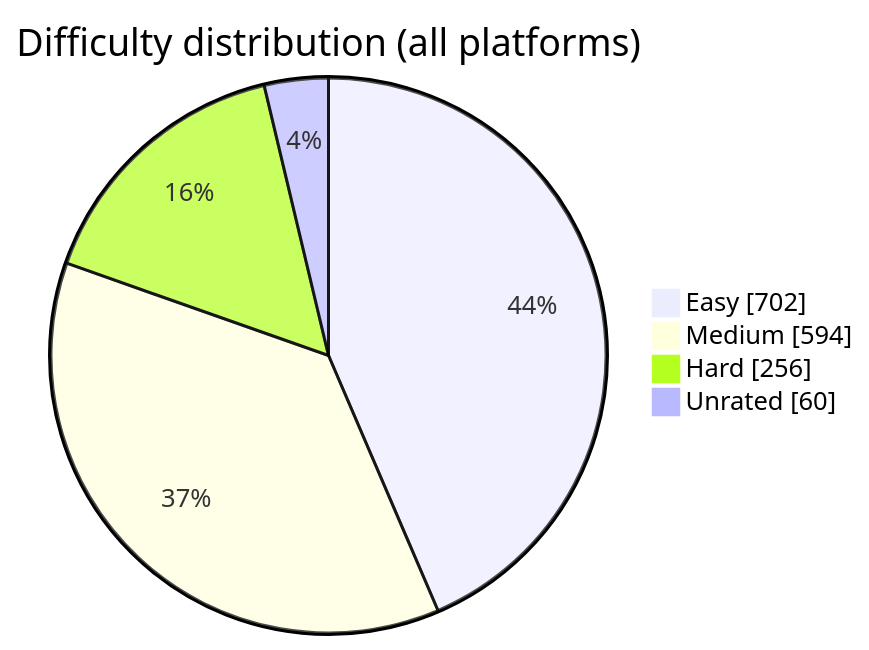
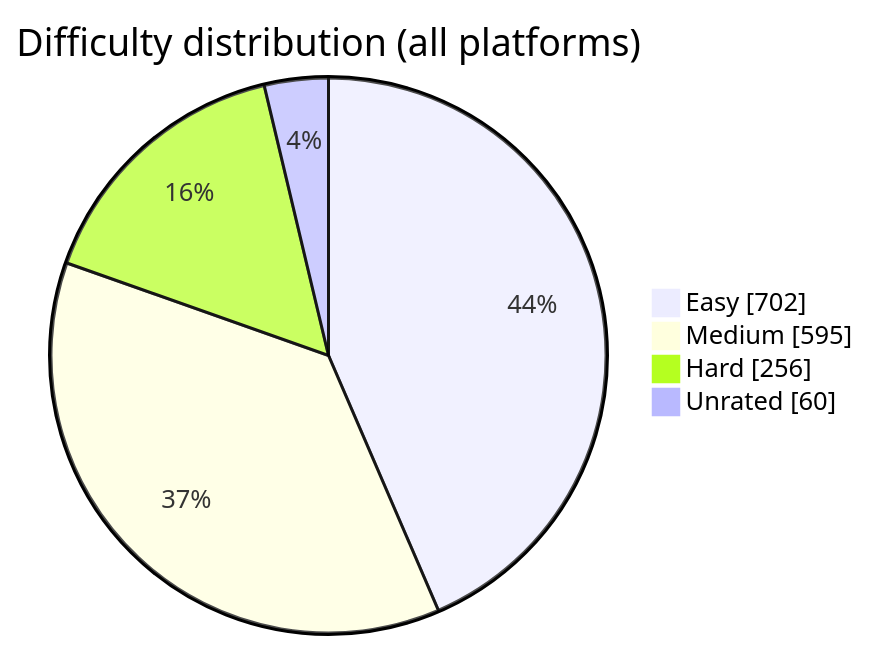
The diagram in README.md (BuildbyArindam/Daily-Coding-Log), drawn with Mermaid before and after one commit. The commit also changed other lines of this file, not shown here.

````diff
--- a/README.md
+++ b/README.md
@@ -93,7 +93,7 @@
 ```mermaid
 pie showData title Difficulty distribution (all platforms)
     "Easy" : 702
-    "Medium" : 594
+    "Medium" : 595
     "Hard" : 256
     "Unrated" : 60
 ```
````
